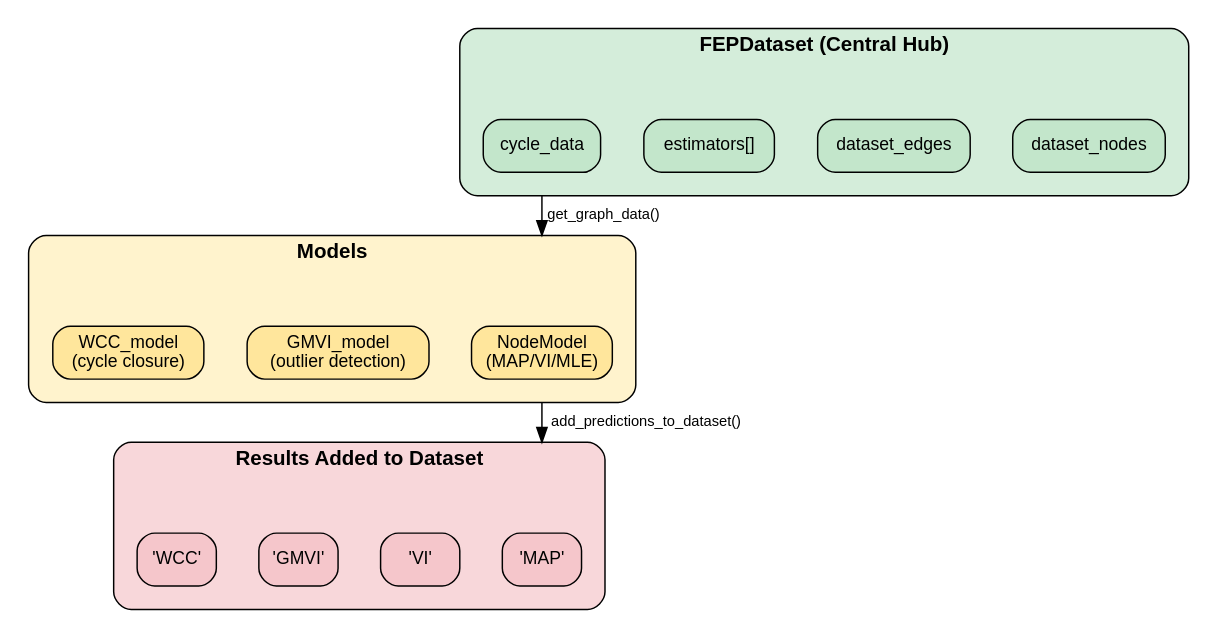
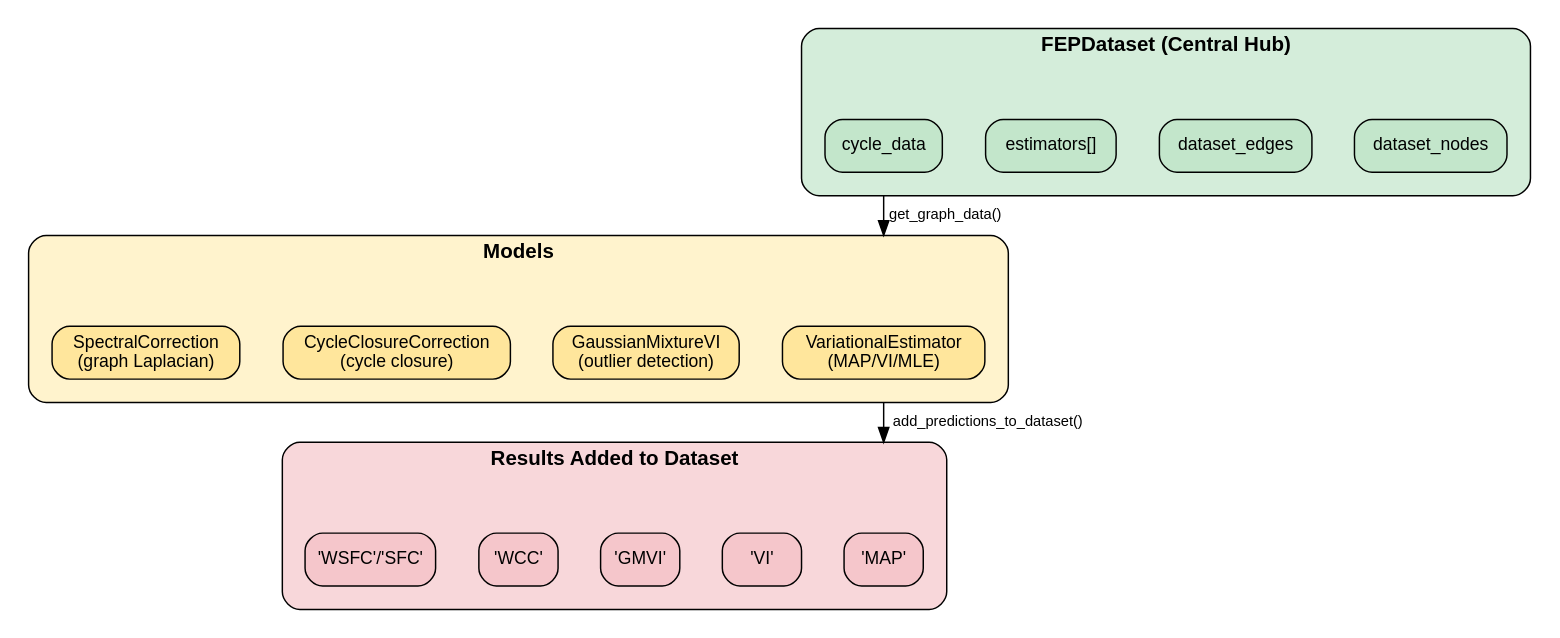
The diagram in docs/index.rst (aakankschit/MAPLE-fep), drawn with Graphviz before and after one commit. The commit also changed other lines of this file and 47 other files, not shown here.

```diff
--- a/docs/index.rst
+++ b/docs/index.rst
@@ -21,65 +70,67 @@
 .. graphviz::
    :align: center
    :caption: MAPLE Architecture: Dataset as Central Hub
 
    digraph maple_architecture {
        rankdir=TB;
        node [shape=box, style="rounded,filled", fontname="Helvetica", fontsize=12];
        edge [fontname="Helvetica", fontsize=10];
        compound=true;
        nodesep=0.4;
        ranksep=0.6;
-       
+
        subgraph cluster_dataset {
            label="FEPDataset (Central Hub)";
            style="rounded,filled";
            fillcolor="#D4EDDA";
            fontname="Helvetica-Bold";
            fontsize=14;
-           
+
            subgraph cluster_dataset_inner {
                style=invis;
                rank=same;
                nodes [label="dataset_nodes", fillcolor="#C3E6CB"];
                edges [label="dataset_edges", fillcolor="#C3E6CB"];
                est [label="estimators[]", fillcolor="#C3E6CB"];
                cycle [label="cycle_data", fillcolor="#C3E6CB"];
            }
        }
-       
+
        subgraph cluster_models {
            label="Models";
            style="rounded,filled";
            fillcolor="#FFF3CD";
            fontname="Helvetica-Bold";
            fontsize=14;
-           
+
            subgraph cluster_models_inner {
                style=invis;
                rank=same;
-               nodemodel [label="NodeModel\n(MAP/VI/MLE)", fillcolor="#FFE69C"];
-               gmvi [label="GMVI_model\n(outlier detection)", fillcolor="#FFE69C"];
-               wcc [label="WCC_model\n(cycle closure)", fillcolor="#FFE69C"];
+               nodemodel [label="VariationalEstimator\n(MAP/VI/MLE)", fillcolor="#FFE69C"];
+               gmvi [label="GaussianMixtureVI\n(outlier detection)", fillcolor="#FFE69C"];
+               wcc [label="CycleClosureCorrection\n(cycle closure)", fillcolor="#FFE69C"];
+               wsfc [label="SpectralCorrection\n(graph Laplacian)", fillcolor="#FFE69C"];
            }
        }
-       
+
        subgraph cluster_results {
            label="Results Added to Dataset";
            style="rounded,filled";
            fillcolor="#F8D7DA";
            fontname="Helvetica-Bold";
            fontsize=14;
-           
+
            subgraph cluster_results_inner {
                style=invis;
                rank=same;
                map_col [label="'MAP'", fillcolor="#F5C6CB"];
                vi_col [label="'VI'", fillcolor="#F5C6CB"];
                gmvi_col [label="'GMVI'", fillcolor="#F5C6CB"];
                wcc_col [label="'WCC'", fillcolor="#F5C6CB"];
+               wsfc_col [label="'WSFC'/'SFC'", fillcolor="#F5C6CB"];
            }
        }
-       
+
        cycle -> nodemodel [ltail=cluster_dataset, lhead=cluster_models, label="get_graph_data()"];
        nodemodel -> map_col [ltail=cluster_models, lhead=cluster_results, label="add_predictions_to_dataset()"];
    }
```
